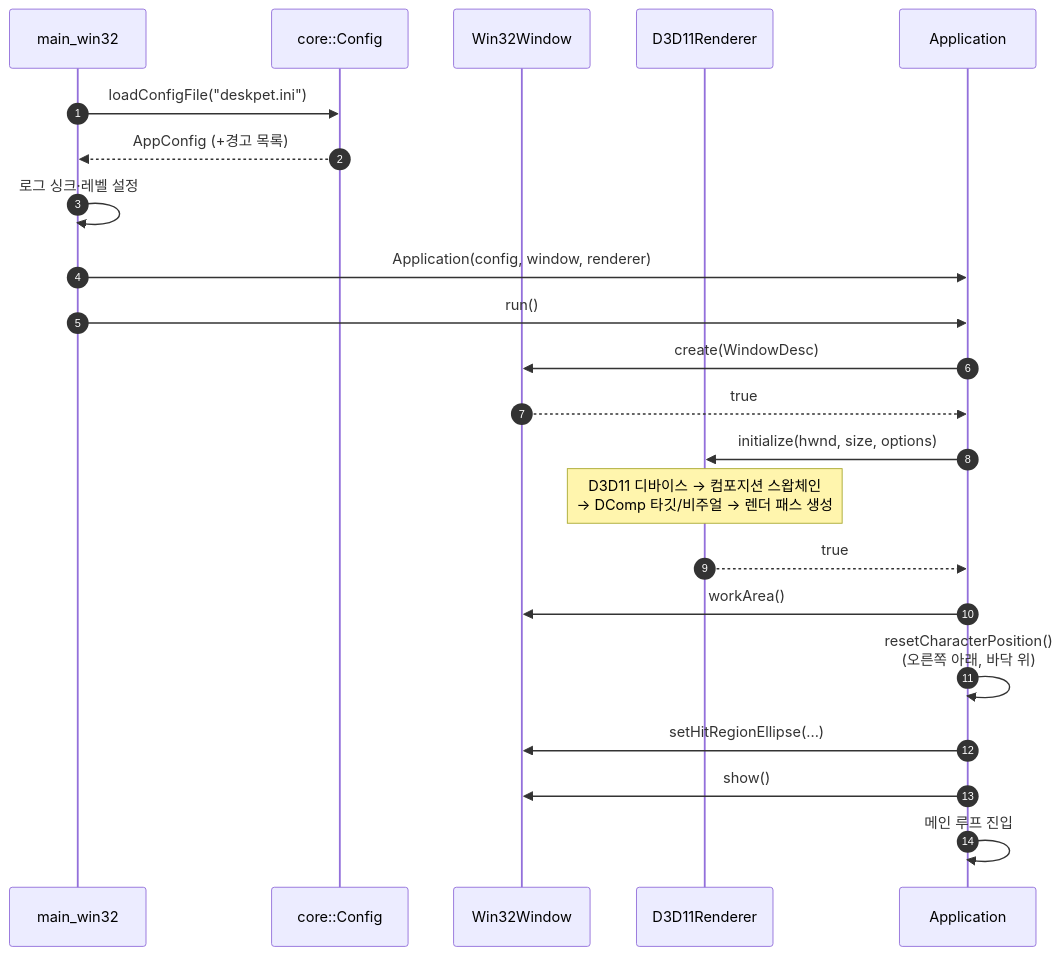
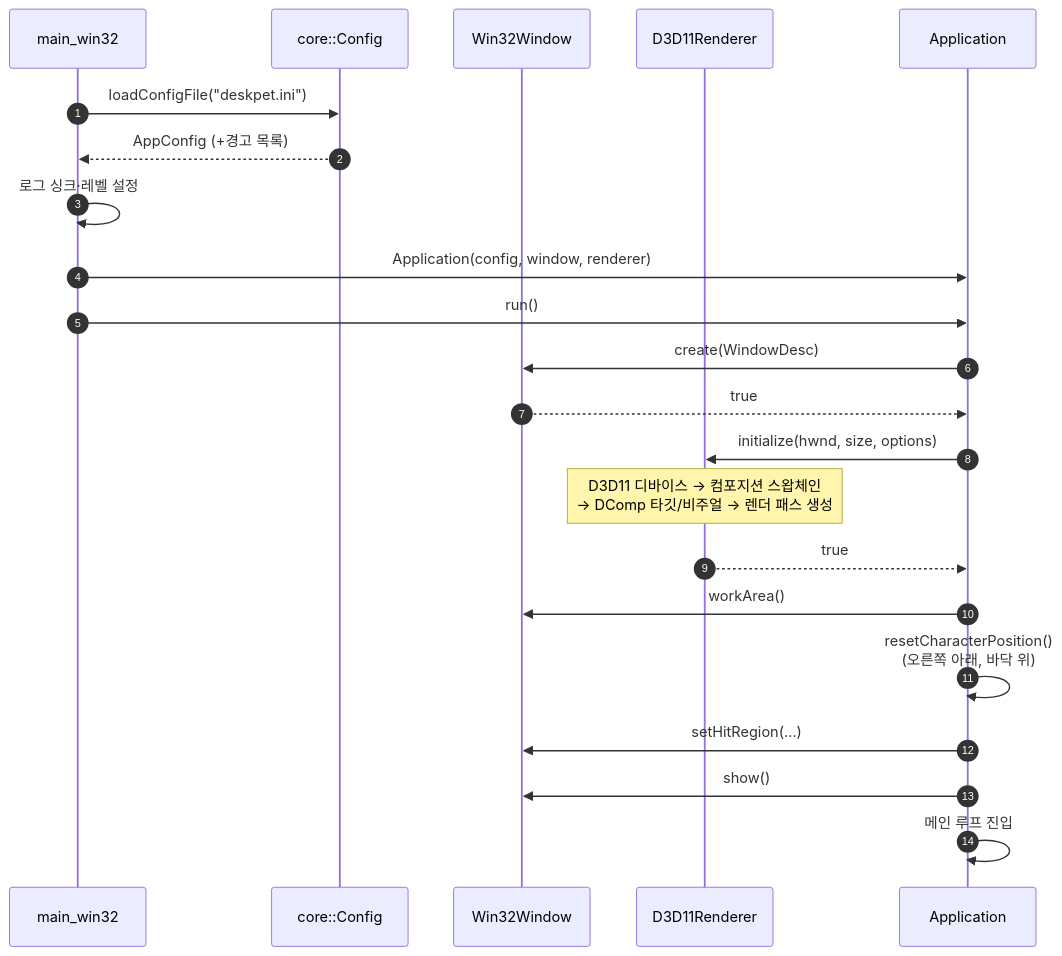
Before and after one commit to ChoHye0N/TinyDeskPet: the fourth of 12 diagrams in docs/02-architecture/SAD.md, drawn with Mermaid. The commit also changed other lines of this file and 30 other files, not shown here.

````diff
--- a/docs/02-architecture/SAD.md
+++ b/docs/02-architecture/SAD.md
@@ -210,25 +210,25 @@
 ```mermaid
 sequenceDiagram
     autonumber
     participant Main as main_win32
     participant Cfg as core::Config
     participant Win as Win32Window
     participant Rnd as D3D11Renderer
     participant App as Application
 
     Main->>Cfg: loadConfigFile("deskpet.ini")
     Cfg-->>Main: AppConfig (+경고 목록)
     Main->>Main: 로그 싱크·레벨 설정
     Main->>App: Application(config, window, renderer)
     Main->>App: run()
     App->>Win: create(WindowDesc)
     Win-->>App: true
     App->>Rnd: initialize(hwnd, size, options)
     Note over Rnd: D3D11 디바이스 → 컴포지션 스왑체인<br/>→ DComp 타깃/비주얼 → 렌더 패스 생성
     Rnd-->>App: true
     App->>Win: workArea()
     App->>App: resetCharacterPosition()<br/>(오른쪽 아래, 바닥 위)
-    App->>Win: setHitRegionEllipse(...)
+    App->>Win: setHitRegion(...)
     App->>Win: show()
     App->>App: 메인 루프 진입
 ```
````
